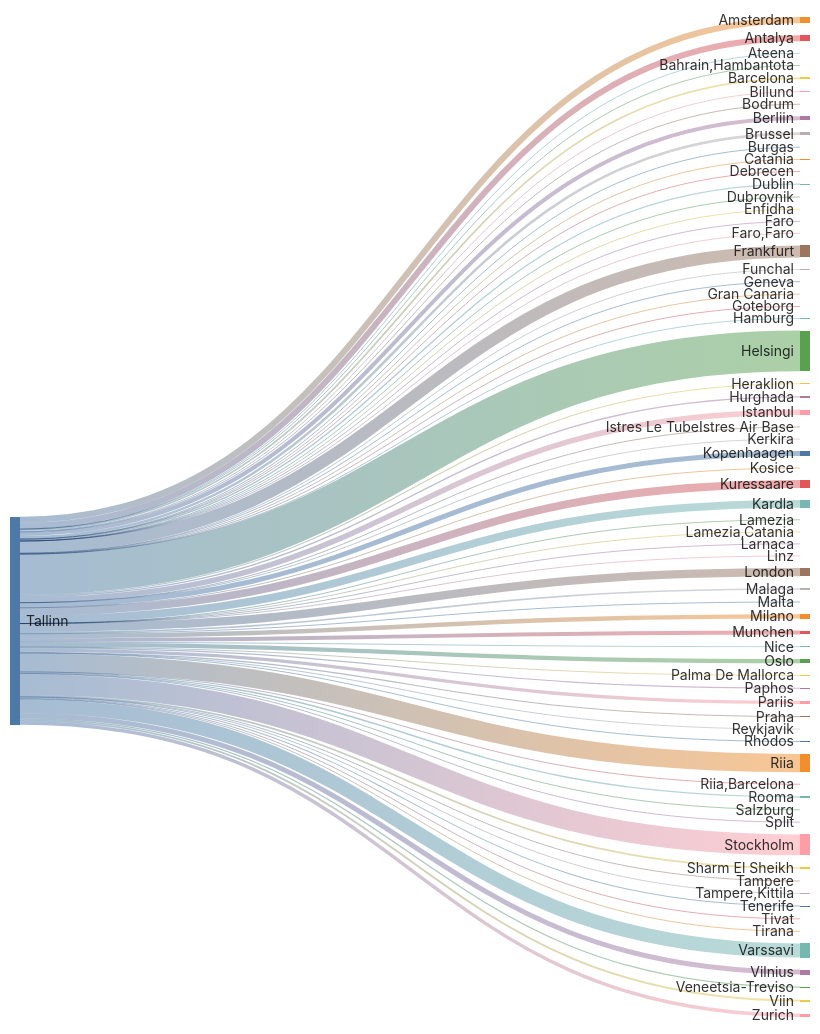
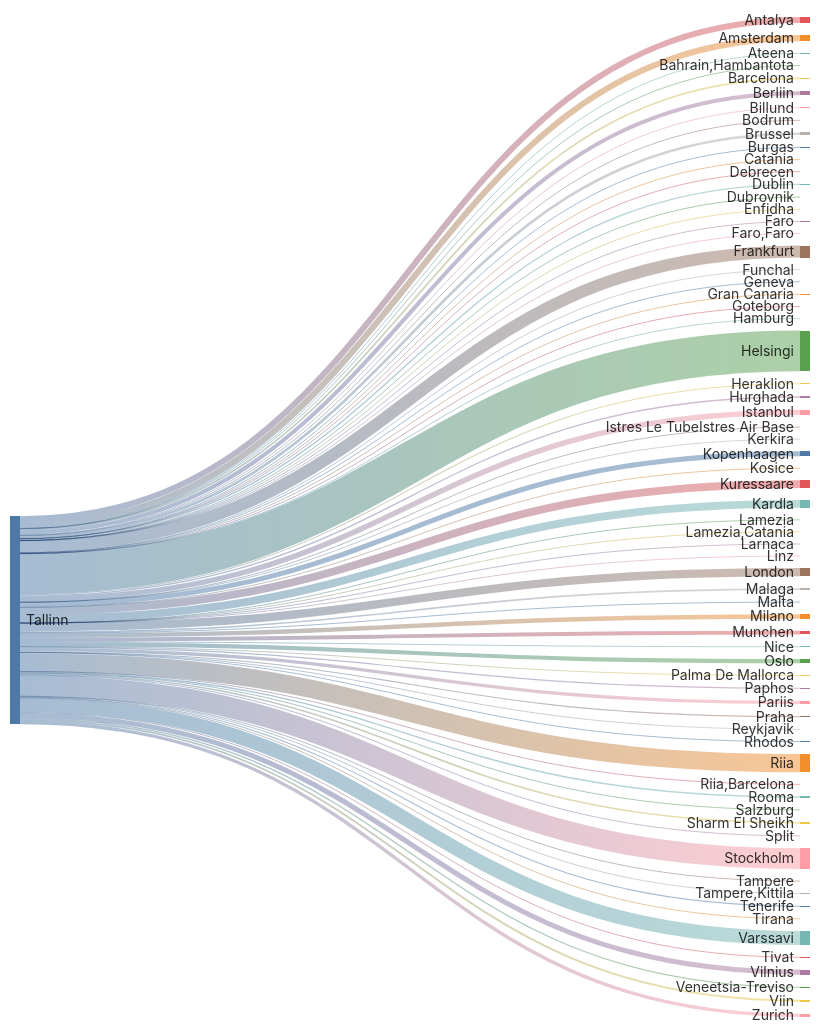
Before and after one commit to rainermesi/tll-airport-departures: the second of 2 diagrams in README.md, drawn with Mermaid. The commit also changed other lines of this file and 1 other file, not shown here.

````diff
--- a/README.md
+++ b/README.md
@@ -34,80 +34,80 @@
 ```mermaid
 ---
 config:
   sankey:
     showValues: false
     width: 800
     height: 1000
 ---
 sankey-beta
 %% source,target,value
-Tallinn,Amsterdam,351
-Tallinn,Antalya,341
+Tallinn,Amsterdam,353
+Tallinn,Antalya,342
 Tallinn,Ateena,16
 Tallinn,"Bahrain,Hambantota",1
 Tallinn,Barcelona,97
-Tallinn,Berliin,230
+Tallinn,Berliin,232
 Tallinn,Billund,57
 Tallinn,Bodrum,11
-Tallinn,Brussel,149
-Tallinn,Burgas,30
+Tallinn,Brussel,150
+Tallinn,Burgas,31
 Tallinn,Catania,2
 Tallinn,Debrecen,1
 Tallinn,Dublin,76
 Tallinn,Dubrovnik,21
 Tallinn,Enfidha,7
 Tallinn,Faro,4
 Tallinn,"Faro,Faro",1
-Tallinn,Frankfurt,689
+Tallinn,Frankfurt,692
 Tallinn,Funchal,5
 Tallinn,Geneva,13
 Tallinn,Gran Canaria,38
 Tallinn,Goteborg,1
 Tallinn,Hamburg,2
-Tallinn,Helsingi,2324
+Tallinn,Helsingi,2334
 Tallinn,Heraklion,62
 Tallinn,Hurghada,75
-Tallinn,Istanbul,310
+Tallinn,Istanbul,311
 Tallinn,Istres Le TubeIstres Air Base,2
 Tallinn,Kerkira,4
-Tallinn,Kopenhaagen,285
+Tallinn,Kopenhaagen,287
 Tallinn,Kosice,1
-Tallinn,Kuressaare,449
-Tallinn,Kardla,449
+Tallinn,Kuressaare,451
+Tallinn,Kardla,451
 Tallinn,Lamezia,1
 Tallinn,"Lamezia,Catania",3
 Tallinn,Larnaca,4
 Tallinn,Linz,2
-Tallinn,London,474
+Tallinn,London,476
 Tallinn,Malaga,91
 Tallinn,Malta,19
 Tallinn,Milano,253
-Tallinn,Munchen,218
+Tallinn,Munchen,220
 Tallinn,Nice,33
-Tallinn,Oslo,243
+Tallinn,Oslo,244
 Tallinn,Palma De Mallorca,23
 Tallinn,Paphos,66
-Tallinn,Pariis,191
-Tallinn,Praha,60
+Tallinn,Pariis,193
+Tallinn,Praha,61
 Tallinn,Reykjavik,1
-Tallinn,Rhodos,40
-Tallinn,Riia,1048
+Tallinn,Rhodos,41
+Tallinn,Riia,1052
 Tallinn,"Riia,Barcelona",1
 Tallinn,Rooma,80
 Tallinn,Salzburg,14
 Tallinn,Sharm El Sheikh,94
-Tallinn,Split,33
-Tallinn,Stockholm,1188
+Tallinn,Split,34
+Tallinn,Stockholm,1192
 Tallinn,Tampere,17
 Tallinn,"Tampere,Kittila",21
 Tallinn,Tenerife,58
-Tallinn,Tirana,13
+Tallinn,Tirana,14
 Tallinn,Tivat,38
-Tallinn,Varssavi,804
+Tallinn,Varssavi,808
 Tallinn,Veneetsia-Treviso,67
 Tallinn,Viin,106
-Tallinn,Vilnius,289
-Tallinn,Zurich,197
+Tallinn,Vilnius,290
+Tallinn,Zurich,198
 
 
 ```
````
